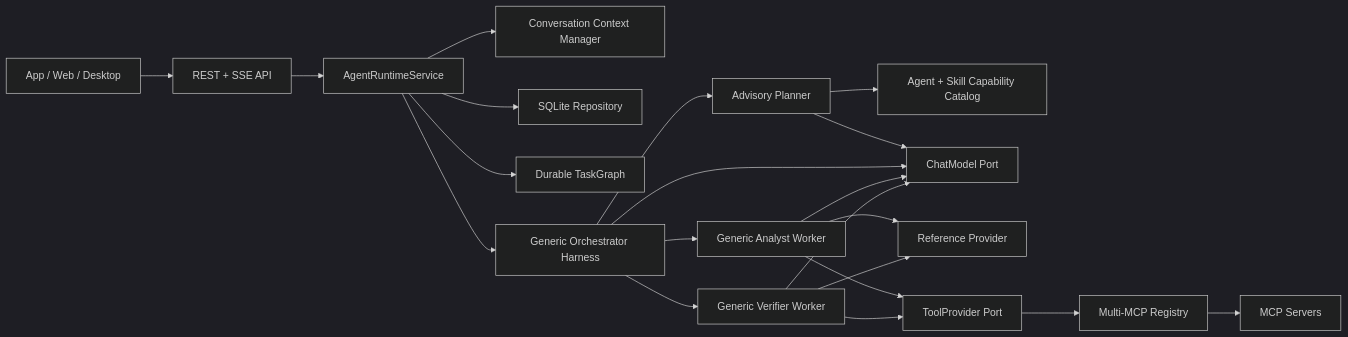
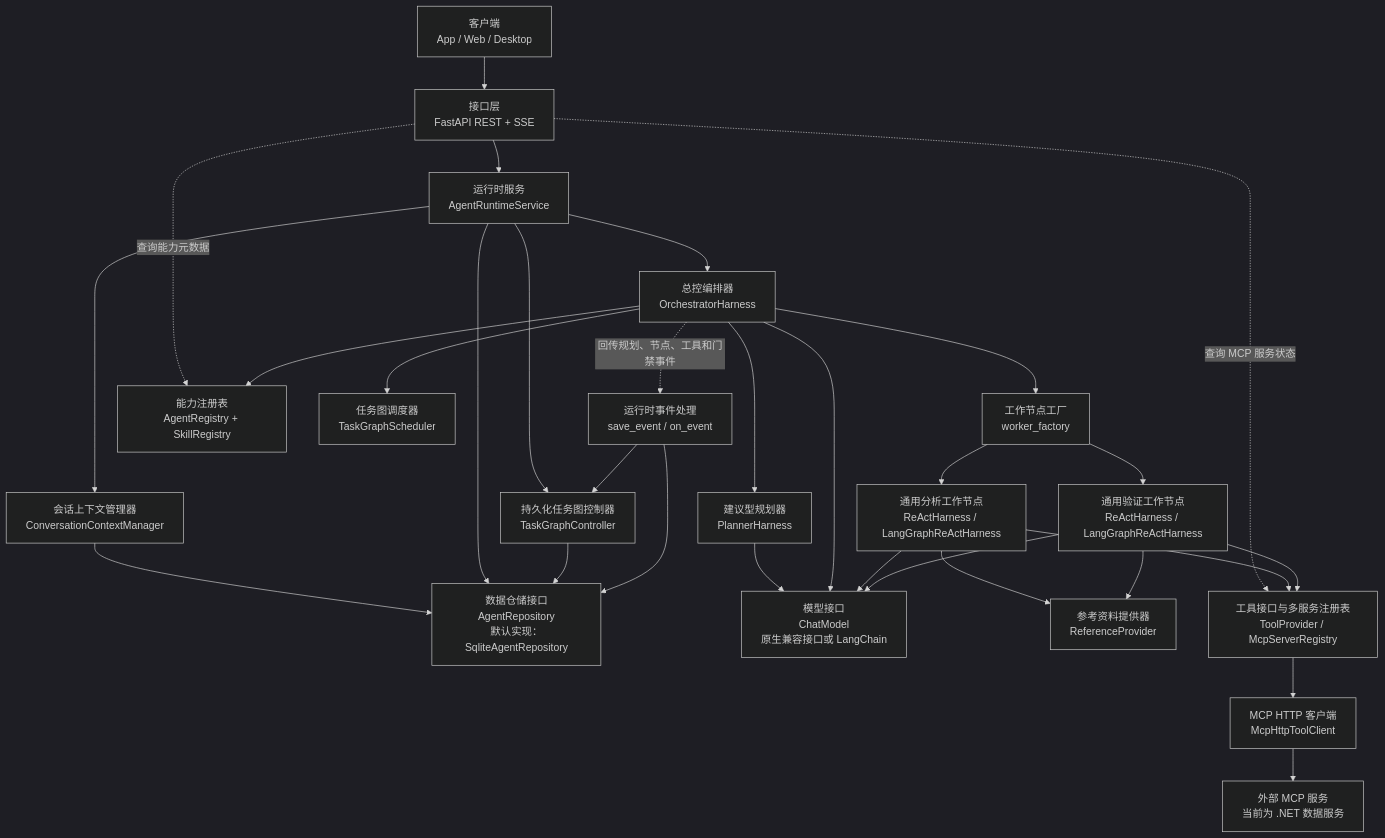
One commit to KawhiWei/nino-agent changed the diagram in README.md. Above: the diagram before and after it, drawn with Mermaid (dark theme). The commit also changed other lines of this file and 23 other files, not shown here.

````diff
--- a/README.md
+++ b/README.md
@@ -66,23 +90,52 @@
 ```mermaid
-flowchart LR
-    Client["App / Web / Desktop"] --> API["REST + SSE API"]
-    API --> Runtime["AgentRuntimeService"]
-    Runtime --> Context["Conversation Context Manager"]
-    Runtime --> Repository["SQLite Repository"]
-    Runtime --> Graph["Durable TaskGraph"]
-    Runtime --> Orchestrator["Generic Orchestrator Harness"]
-    Orchestrator --> Planner["Advisory Planner"]
-    Planner --> Catalog["Agent + Skill Capability Catalog"]
-    Orchestrator --> Analyst["Generic Analyst Worker"]
-    Orchestrator --> Verifier["Generic Verifier Worker"]
-    Planner --> Model["ChatModel Port"]
+flowchart TD
+    Client["客户端<br/>App / Web / Desktop"]
+    API["接口层<br/>FastAPI REST + SSE"]
+    Runtime["运行时服务<br/>AgentRuntimeService"]
+    Context["会话上下文管理器<br/>ConversationContextManager"]
+    Graph["持久化任务图控制器<br/>TaskGraphController"]
+    Repository["数据仓储接口<br/>AgentRepository<br/>默认实现：SqliteAgentRepository"]
+    Orchestrator["总控编排器<br/>OrchestratorHarness"]
+    EventCallback["运行时事件处理<br/>save_event / on_event"]
+    Catalog["能力注册表<br/>AgentRegistry + SkillRegistry"]
+    Planner["建议型规划器<br/>PlannerHarness"]
+    Scheduler["任务图调度器<br/>TaskGraphScheduler"]
+    Factory["工作节点工厂<br/>worker_factory"]
+    Analyst["通用分析工作节点<br/>ReActHarness / LangGraphReActHarness"]
+    Verifier["通用验证工作节点<br/>ReActHarness / LangGraphReActHarness"]
+    Model["模型接口<br/>ChatModel<br/>原生兼容接口或 LangChain"]
+    References["参考资料提供器<br/>ReferenceProvider"]
+    Tools["工具接口与多服务注册表<br/>ToolProvider / McpServerRegistry"]
+    McpClient["MCP HTTP 客户端<br/>McpHttpToolClient"]
+    MCP["外部 MCP 服务<br/>当前为 .NET 数据服务"]
+
+    Client --> API
+    API --> Runtime
+    API -. "查询能力元数据" .-> Catalog
+    API -. "查询 MCP 服务状态" .-> Tools
+    Runtime --> Context
+    Context --> Repository
+    Runtime --> Repository
+    Runtime --> Graph
+    Graph --> Repository
+    Runtime --> Orchestrator
+    Orchestrator --> Catalog
+    Orchestrator --> Planner
+    Orchestrator --> Scheduler
+    Orchestrator --> Factory
+    Planner --> Model
     Orchestrator --> Model
+    Factory --> Analyst
+    Factory --> Verifier
     Analyst --> Model
     Verifier --> Model
-    Analyst --> References["Reference Provider"]
+    Analyst --> References
     Verifier --> References
-    Analyst --> Tools["ToolProvider Port"]
+    Analyst --> Tools
     Verifier --> Tools
-    Tools --> Registry["Multi-MCP Registry"]
-    Registry --> MCP["MCP Servers"]
+    Tools --> McpClient
+    McpClient --> MCP
+    Orchestrator -. "回传规划、节点、工具和门禁事件" .-> EventCallback
+    EventCallback --> Graph
+    EventCallback --> Repository
 ```
````
